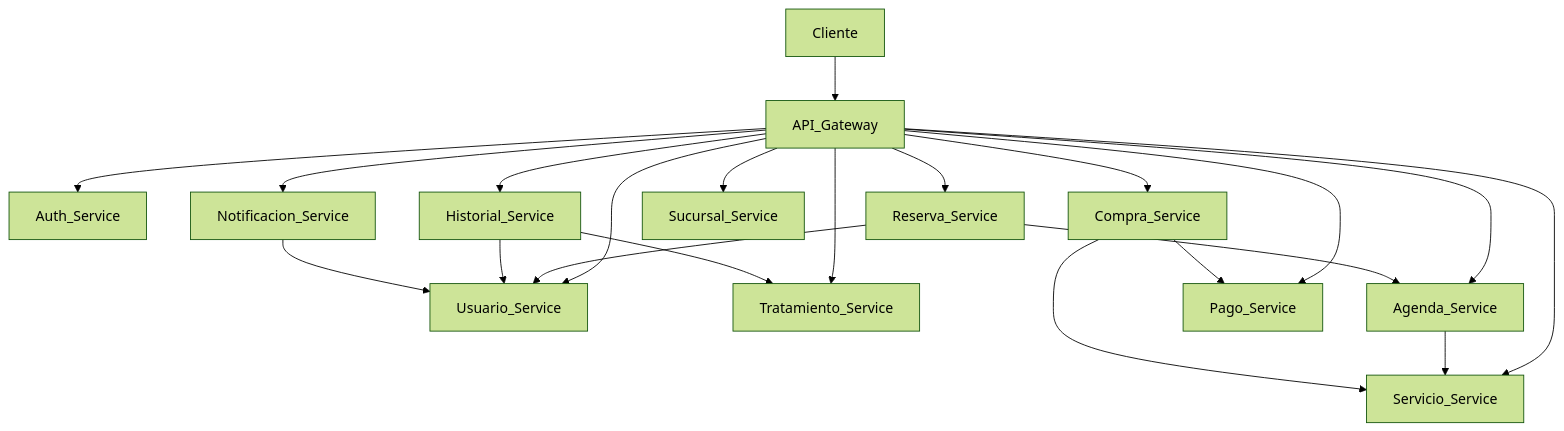
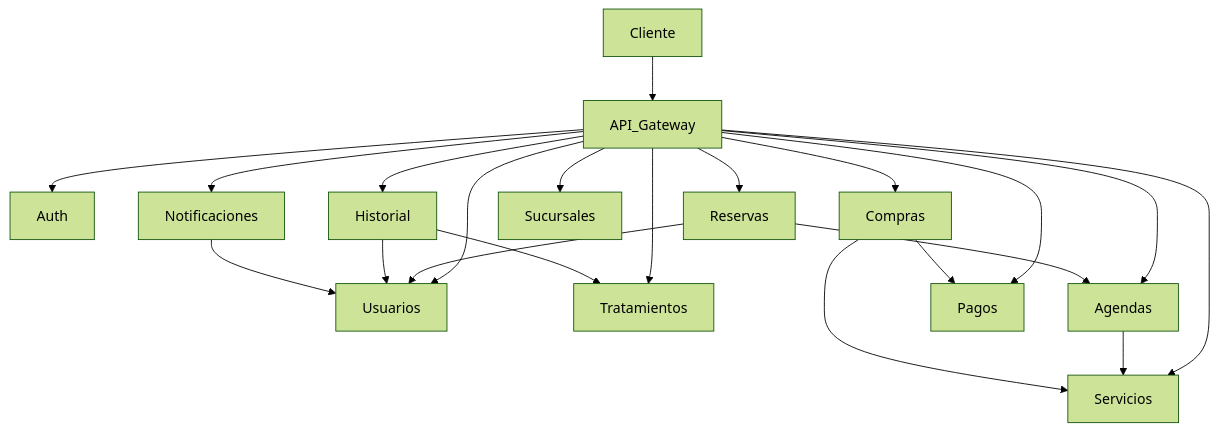
The diagram in README.md (uamau20k/Cigna), drawn with Mermaid (forest theme) before and after one commit. The commit also changed other lines of this file, not shown here.

````diff
--- a/README.md
+++ b/README.md
@@ -44,30 +38,30 @@
 ```mermaid
 graph TD
 
 Cliente --> API_Gateway
 
-API_Gateway --> Auth_Service
-API_Gateway --> Usuario_Service
-API_Gateway --> Servicio_Service
-API_Gateway --> Tratamiento_Service
-API_Gateway --> Agenda_Service
-API_Gateway --> Reserva_Service
-API_Gateway --> Compra_Service
-API_Gateway --> Pago_Service
-API_Gateway --> Historial_Service
-API_Gateway --> Sucursal_Service
-API_Gateway --> Notificacion_Service
+API_Gateway --> Auth
+API_Gateway --> Usuarios
+API_Gateway --> Servicios
+API_Gateway --> Tratamientos
+API_Gateway --> Agendas
+API_Gateway --> Reservas
+API_Gateway --> Compras
+API_Gateway --> Pagos
+API_Gateway --> Historial
+API_Gateway --> Sucursales
+API_Gateway --> Notificaciones
 
-Reserva_Service --> Usuario_Service
-Reserva_Service --> Agenda_Service
+Reservas --> Usuarios
+Reservas --> Agendas
 
-Agenda_Service --> Servicio_Service
+Agendas --> Servicios
 
-Compra_Service --> Pago_Service
-Compra_Service --> Servicio_Service
+Compras --> Pagos
+Compras --> Servicios
 
-Historial_Service --> Usuario_Service
-Historial_Service --> Tratamiento_Service
+Historial --> Usuarios
+Historial --> Tratamientos
 
-Notificacion_Service --> Usuario_Service
+Notificaciones --> Usuarios
 ```
````
